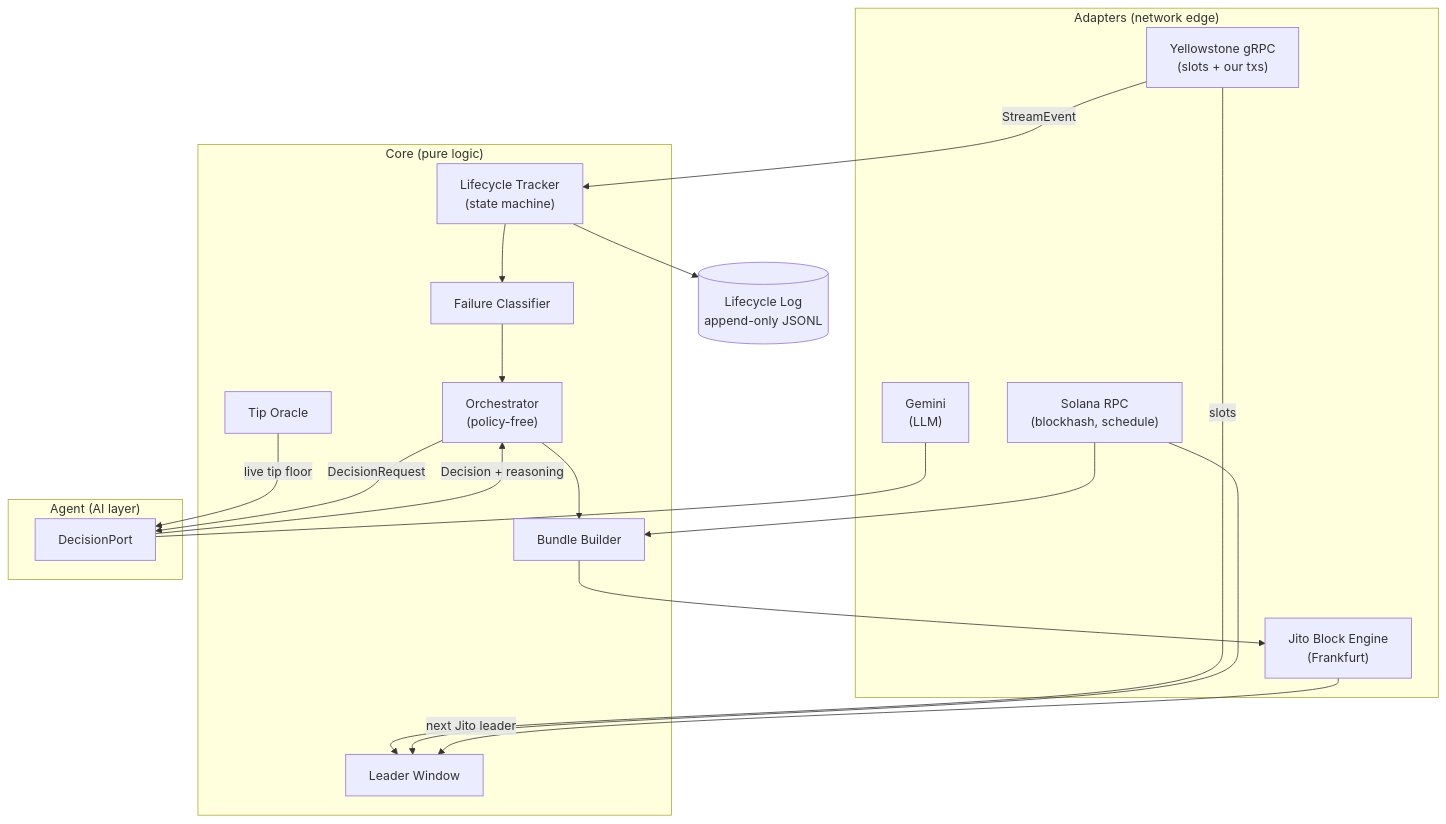
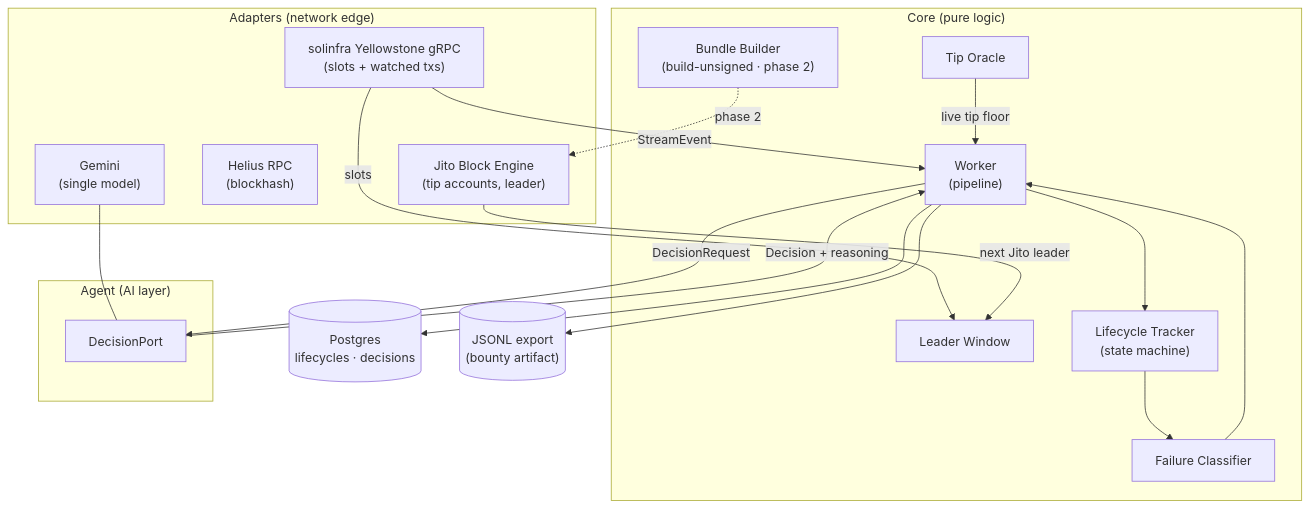
Before and after one commit to sadiqsaidu/photon: the first of 3 diagrams in ARCHITECTURE.md, drawn with Mermaid. The commit also changed other lines of this file and 23 other files, not shown here.

First line of the commit message:
Pivot to observation backend: solinfra gRPC, Postgres, deferred signing

````diff
--- a/ARCHITECTURE.md
+++ b/ARCHITECTURE.md
@@ -25,35 +36,35 @@
 ```mermaid
 flowchart TB
   subgraph ADAPTERS["Adapters (network edge)"]
-    YS["Yellowstone gRPC\n(slots + our txs)"]
-    JITO["Jito Block Engine\n(Frankfurt)"]
-    RPC["Solana RPC\n(blockhash, schedule)"]
-    GEM["Gemini\n(LLM)"]
+    YS["solinfra Yellowstone gRPC\n(slots + watched txs)"]
+    JITO["Jito Block Engine\n(tip accounts, leader)"]
+    RPC["Helius RPC\n(blockhash)"]
+    GEM["Gemini\n(single model)"]
   end
 
   subgraph CORE["Core (pure logic)"]
     LEADER["Leader Window"]
     TIPS["Tip Oracle"]
-    BUILD["Bundle Builder"]
     LIFE["Lifecycle Tracker\n(state machine)"]
     CLASS["Failure Classifier"]
-    ORCH["Orchestrator\n(policy-free)"]
+    WORK["Worker\n(pipeline)"]
+    BUILD["Bundle Builder\n(build-unsigned · phase 2)"]
   end
 
   subgraph AGENT["Agent (AI layer)"]
     PORT["DecisionPort"]
   end
 
-  YS -->|StreamEvent| LIFE
+  YS -->|StreamEvent| WORK
+  WORK --> LIFE
   YS -->|slots| LEADER
-  RPC --> LEADER
-  RPC --> BUILD
   JITO -->|next Jito leader| LEADER
-  TIPS -->|live tip floor| PORT
-  ORCH -->|DecisionRequest| PORT
-  PORT -->|Decision + reasoning| ORCH
+  TIPS -->|live tip floor| WORK
+  WORK -->|DecisionRequest| PORT
+  PORT -->|Decision + reasoning| WORK
   GEM --- PORT
-  ORCH --> BUILD --> JITO
-  LIFE --> CLASS --> ORCH
-  LIFE --> LOG[("Lifecycle Log\nappend-only JSONL")]
+  LIFE --> CLASS --> WORK
+  WORK --> STORE[("Postgres\nlifecycles · decisions")]
+  WORK --> JSONL[("JSONL export\n(bounty artifact)")]
+  BUILD -. phase 2 .-> JITO
 ```
````
